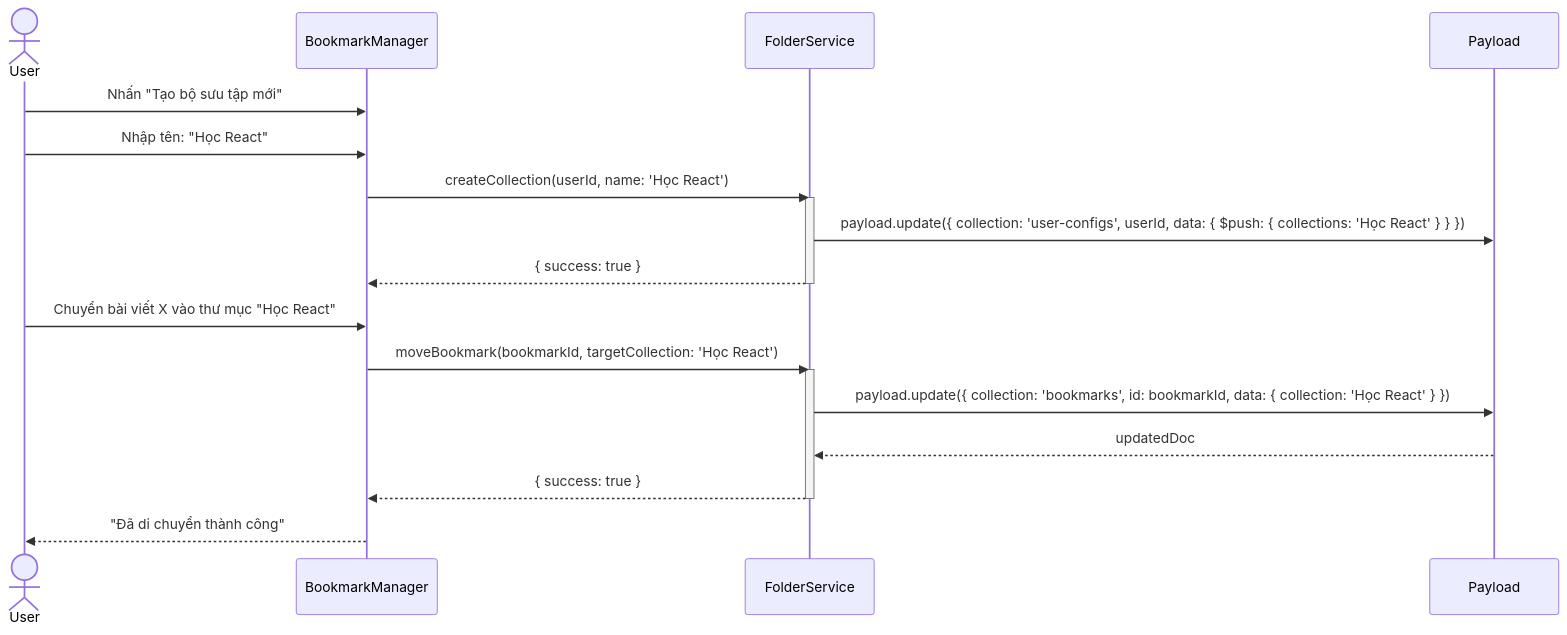
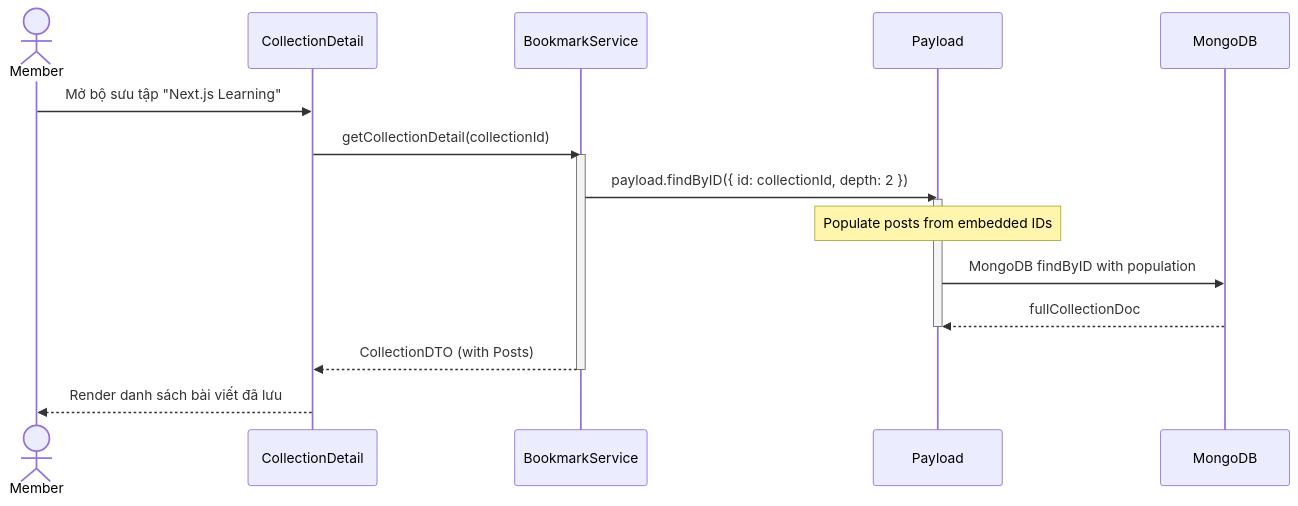
One commit to vuthuonghai-steve/KLTN-By_Thuong_Hai-Steve changed the second of 2 diagrams in Docs/life-2/diagrams/sequence-diagrams/detailed-m5-bookmarking.md. Above: the diagram before and after it, drawn with Mermaid. The commit also changed other lines of this file and 29 other files, not shown here.

````diff
--- a/Docs/life-2/diagrams/sequence-diagrams/detailed-m5-bookmarking.md
+++ b/Docs/life-2/diagrams/sequence-diagrams/detailed-m5-bookmarking.md
@@ -45,24 +45,24 @@
 ```mermaid
 sequenceDiagram
-    actor User
-    participant UI as BookmarkManager
-    participant Service as FolderService
+    actor Member
+    participant UI as CollectionDetail
+    participant Service as BookmarkService
     participant Payload
+    participant DB as MongoDB
 
-    User->>UI: Nhấn "Tạo bộ sưu tập mới"
-    User->>UI: Nhập tên: "Học React"
-    UI->>Service: createCollection(userId, name: 'Học React')
+    Member->>UI: Mở bộ sưu tập "Next.js Learning"
+    UI->>Service: getCollectionDetail(collectionId)
     activate Service
-    Service->>Payload: payload.update({ collection: 'user-configs', userId, data: { $push: { collections: 'Học React' } } })
-    Service-->>UI: { success: true }
+
+    Service->>Payload: payload.findByID({ id: collectionId, depth: 2 })
+    activate Payload
+    Note over Payload: Populate posts from embedded IDs
+    
+    Payload->>DB: MongoDB findByID with population
+    DB-->>Payload: fullCollectionDoc
+    
+    deactivate Payload
+    Service-->>UI: CollectionDTO (with Posts)
     deactivate Service
-
-    User->>UI: Chuyển bài viết X vào thư mục "Học React"
-    UI->>Service: moveBookmark(bookmarkId, targetCollection: 'Học React')
-    activate Service
-    Service->>Payload: payload.update({ collection: 'bookmarks', id: bookmarkId, data: { collection: 'Học React' } })
-    Payload-->>Service: updatedDoc
-    Service-->>UI: { success: true }
-    deactivate Service
-    UI-->>User: "Đã di chuyển thành công"
+    UI-->>Member: Render danh sách bài viết đã lưu
 ```
````
